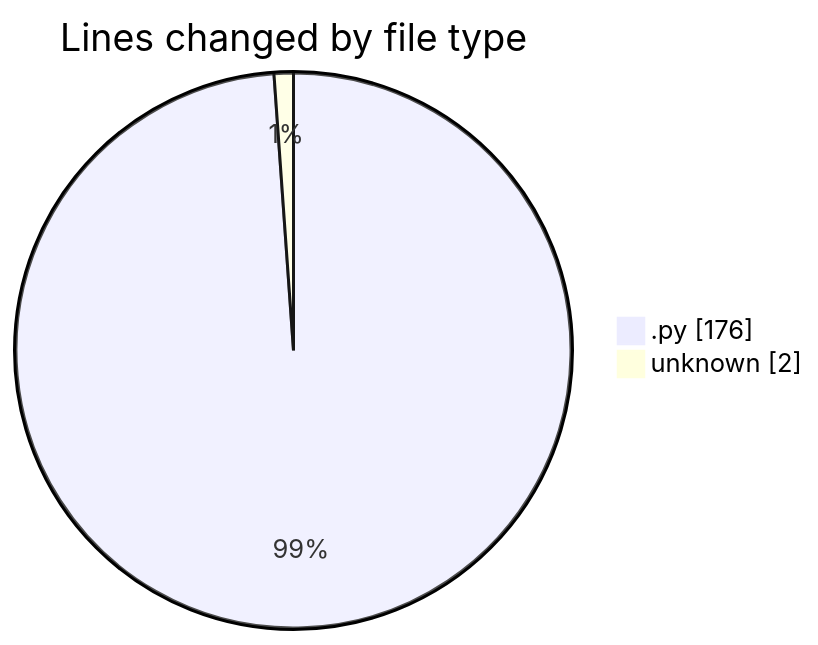
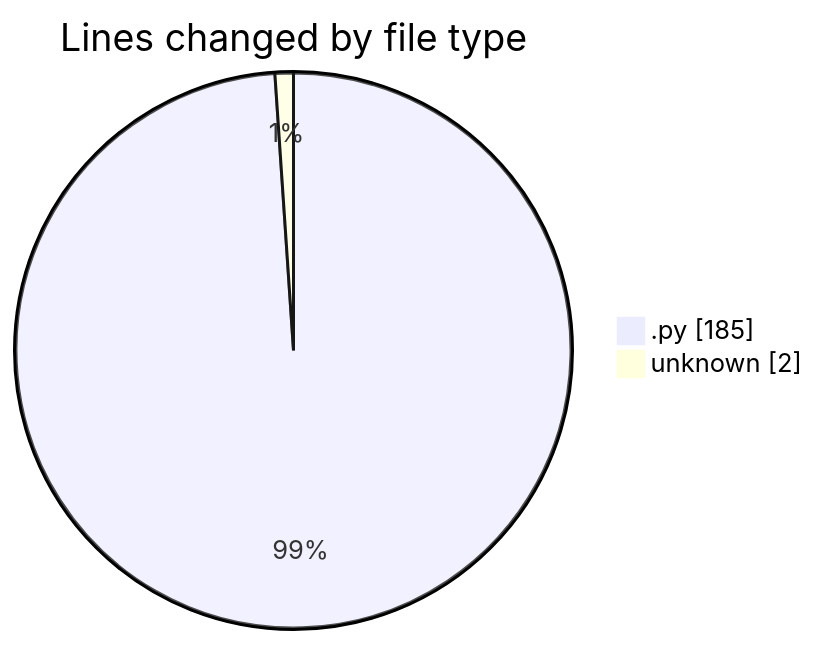
The first of 2 diagrams in 2025-01-21/monteur_automatique/README.md (CELIANVF/code-tracking), drawn with Mermaid before and after one commit. The commit also changed other lines of this file and 1 other file, not shown here.

````diff
--- a/2025-01-21/monteur_automatique/README.md
+++ b/2025-01-21/monteur_automatique/README.md
@@ -23,6 +23,6 @@
 ```mermaid
 pie showData
 title Lines changed by file type
-".py" : 176
+".py" : 185
 "unknown" : 2
 ```
````
